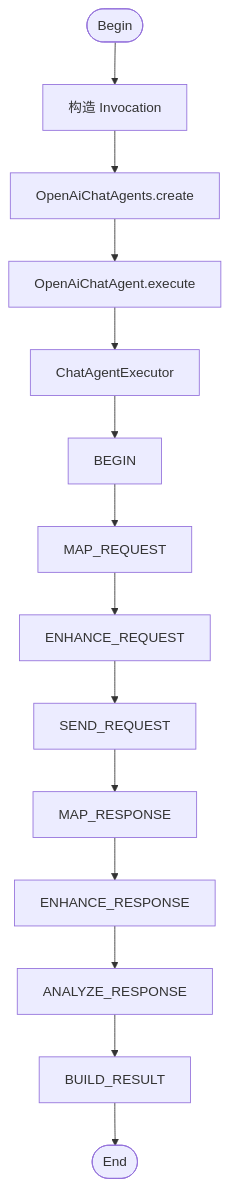
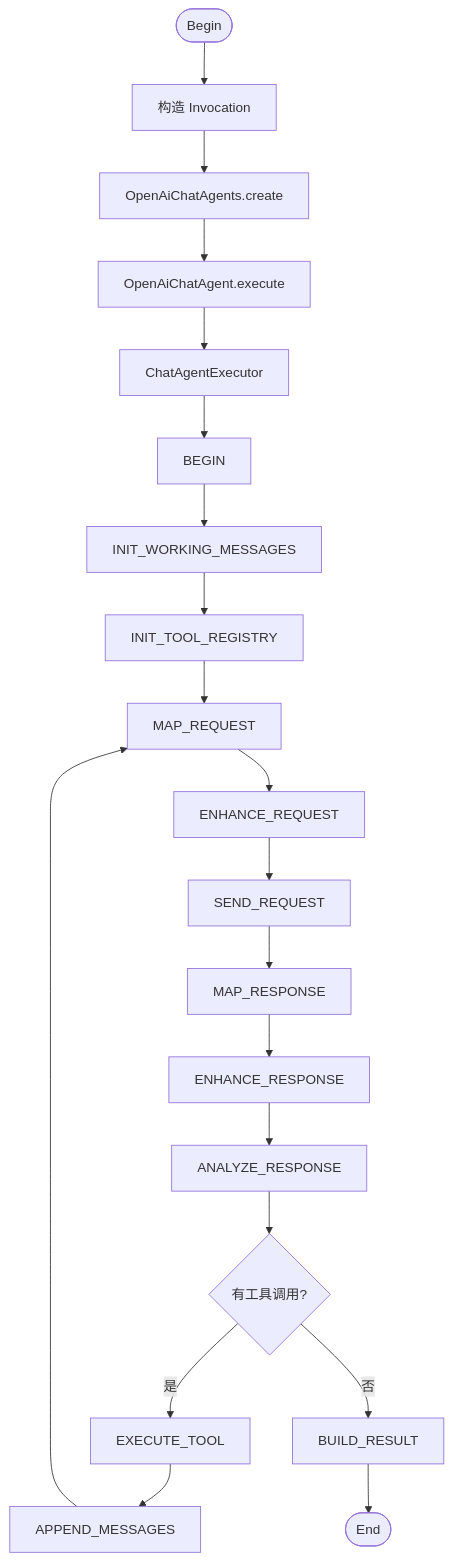
One commit to Halcyonsong/liteagent-template changed the second of 3 diagrams in docs/quick-start.md. Above: the diagram before and after it, drawn with Mermaid. The commit also changed other lines of this file and 55 other files, not shown here.

````diff
--- a/docs/quick-start.md
+++ b/docs/quick-start.md
@@ -33,16 +33,22 @@
 ```mermaid
 flowchart TD
     Begin2([Begin]) --> B1[构造 Invocation]
     B1 --> B2[OpenAiChatAgents.create]
     B2 --> B3[OpenAiChatAgent.execute]
     B3 --> B4[ChatAgentExecutor]
     B4 --> B5[BEGIN]
-    B5 --> B6[MAP_REQUEST]
-    B6 --> B7[ENHANCE_REQUEST]
-    B7 --> B8[SEND_REQUEST]
-    B8 --> B9[MAP_RESPONSE]
-    B9 --> B10[ENHANCE_RESPONSE]
-    B10 --> B11[ANALYZE_RESPONSE]
-    B11 --> B12[BUILD_RESULT]
-    B12 --> End2([End])
+    B5 --> B6[INIT_WORKING_MESSAGES]
+    B6 --> B7[INIT_TOOL_REGISTRY]
+    B7 --> B8[MAP_REQUEST]
+    B8 --> B9[ENHANCE_REQUEST]
+    B9 --> B10[SEND_REQUEST]
+    B10 --> B11[MAP_RESPONSE]
+    B11 --> B12[ENHANCE_RESPONSE]
+    B12 --> B13[ANALYZE_RESPONSE]
+    B13 --> B14{有工具调用?}
+    B14 -- 是 --> B15[EXECUTE_TOOL]
+    B15 --> B16[APPEND_MESSAGES]
+    B16 --> B8
+    B14 -- 否 --> B17[BUILD_RESULT]
+    B17 --> End2([End])
 ```
````
